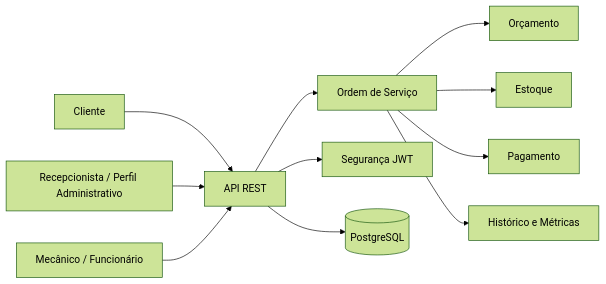
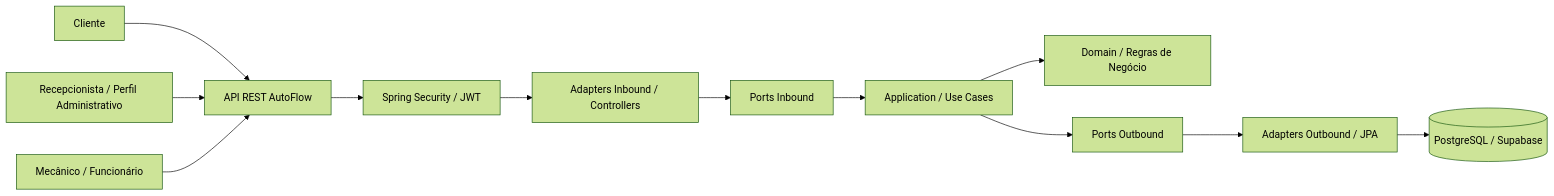
One commit to thallencar/autoflow changed the first of 3 diagrams in README.md. Above: the diagram before and after it, drawn with Mermaid (forest theme). The commit also changed other lines of this file and 4 other files, not shown here.

````diff
--- a/README.md
+++ b/README.md
@@ -116,15 +128,14 @@
 ```mermaid
 flowchart LR
-    Cliente[Cliente] --> API[API REST]
-    Recepcionista[Recepcionista / Perfil Administrativo] --> API
-    Funcionario[Mecânico / Funcionário] --> API
-
-    API --> OS[Ordem de Serviço]
-    OS --> Orcamento[Orçamento]
-    OS --> Estoque[Estoque]
-    OS --> Pagamento[Pagamento]
-    OS --> Historico[Histórico e Métricas]
-
-    API --> JWT[Segurança JWT]
-    API --> DB[(PostgreSQL)]
+    C[Cliente] --> API[API REST AutoFlow]
+    R[Recepcionista / Perfil Administrativo] --> API[API REST AutoFlow]
+    F[Mecânico / Funcionário] --> API[API REST AutoFlow]
+    API --> SEC[Spring Security / JWT]
+    SEC --> IN[Adapters Inbound / Controllers]
+    IN --> PI[Ports Inbound]
+    PI --> UC[Application / Use Cases]
+    UC --> DOM[Domain / Regras de Negócio]
+    UC --> PO[Ports Outbound]
+    PO --> OUT[Adapters Outbound / JPA]
+    OUT --> DB[(PostgreSQL / Supabase)]
 ```
````
